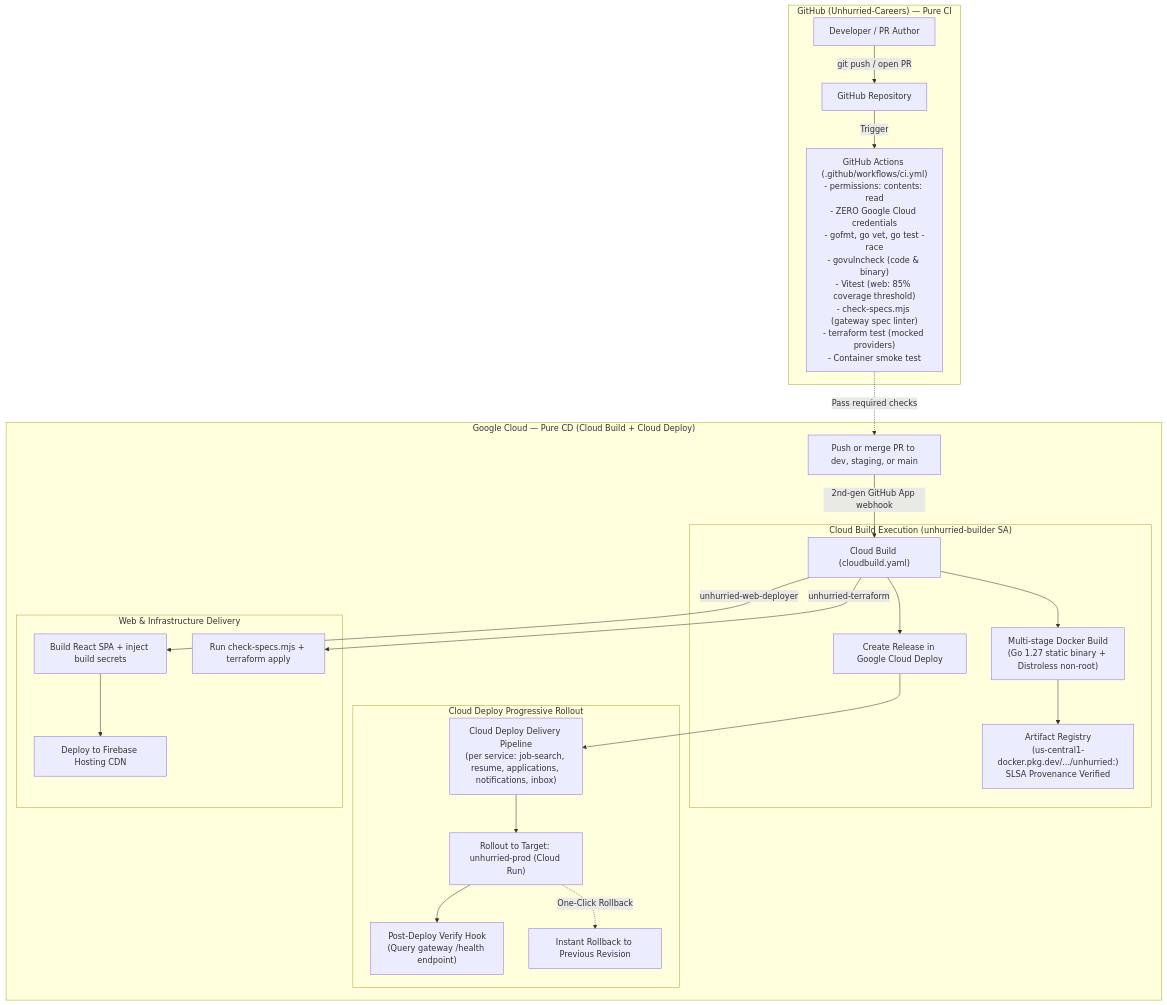
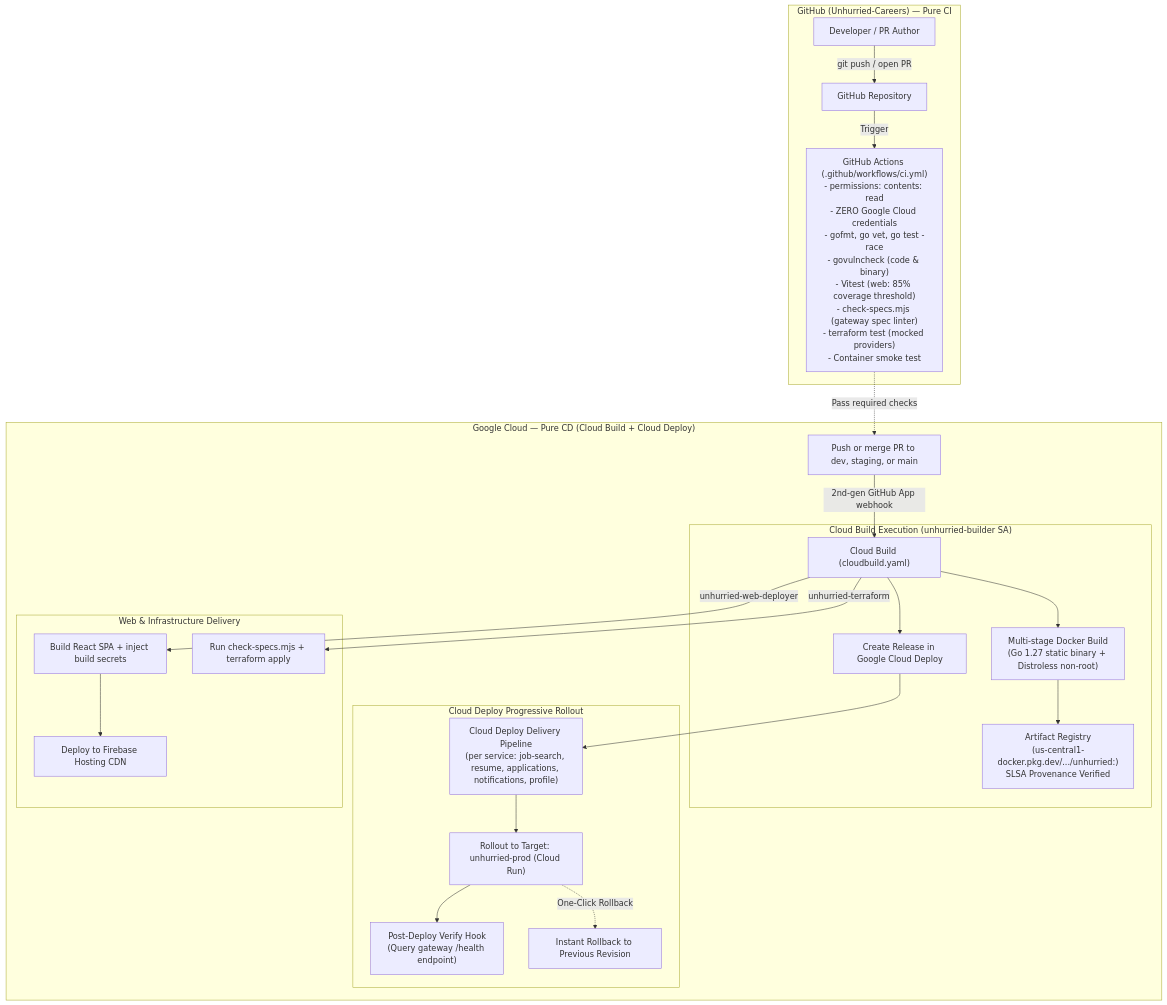
Before and after one commit to Unhurried-Careers/unhurried-product: the ninth of 9 diagrams in docs/architecture.md, drawn with Mermaid. The commit also changed other lines of this file and 6 other files, not shown here.

````diff
--- a/docs/architecture.md
+++ b/docs/architecture.md
@@ -360,32 +358,32 @@
 ```mermaid
 flowchart TD
   subgraph GITHUB["GitHub (Unhurried-Careers) — Pure CI"]
     DEV["Developer / PR Author"] -->|"git push / open PR"| GH_REPO["GitHub Repository"]
     GH_REPO -->|"Trigger"| GHA["GitHub Actions (.github/workflows/ci.yml)<br/>- permissions: contents: read<br/>- ZERO Google Cloud credentials<br/>- gofmt, go vet, go test -race<br/>- govulncheck (code & binary)<br/>- Vitest (web: 85% coverage threshold)<br/>- check-specs.mjs (gateway spec linter)<br/>- terraform test (mocked providers)<br/>- Container smoke test"]
   end
 
   subgraph GCP["Google Cloud — Pure CD (Cloud Build + Cloud Deploy)"]
     MERGE["Push or merge PR to dev, staging, or main"] -->|"2nd-gen GitHub App webhook"| CB["Cloud Build (cloudbuild.yaml)"]
     
     subgraph BuildPipeline["Cloud Build Execution (unhurried-builder SA)"]
       CB --> DOCKER_BUILD["Multi-stage Docker Build<br/>(Go 1.27 static binary + Distroless non-root)"]
       DOCKER_BUILD --> ARTIFACTS["Artifact Registry<br/>(us-central1-docker.pkg.dev/.../unhurried:<SHA>)<br/>SLSA Provenance Verified"]
       CB --> CREATE_RELEASE["Create Release in Google Cloud Deploy"]
     end
 
     subgraph DeployPipeline["Cloud Deploy Progressive Rollout"]
-      CREATE_RELEASE --> CD_PIPELINE["Cloud Deploy Delivery Pipeline<br/>(per service: job-search, resume, applications, notifications, inbox)"]
+      CREATE_RELEASE --> CD_PIPELINE["Cloud Deploy Delivery Pipeline<br/>(per service: job-search, resume, applications, notifications, profile)"]
       CD_PIPELINE --> ROLLOUT["Rollout to Target: unhurried-prod (Cloud Run)"]
       ROLLOUT --> POST_VERIFY["Post-Deploy Verify Hook<br/>(Query gateway /health endpoint)"]
       ROLLOUT -.->|"One-Click Rollback"| PREV_SHA["Instant Rollback to Previous Revision"]
     end
 
     subgraph WebAndInfraCD["Web & Infrastructure Delivery"]
       CB -->|"unhurried-web-deployer"| VITE_BUILD["Build React SPA + inject build secrets"]
       VITE_BUILD --> FH_DEPLOY["Deploy to Firebase Hosting CDN"]
       CB -->|"unhurried-terraform"| TF_APPLY["Run check-specs.mjs + terraform apply"]
     end
   end
 
   GHA -.->|"Pass required checks"| MERGE
 ```
````
